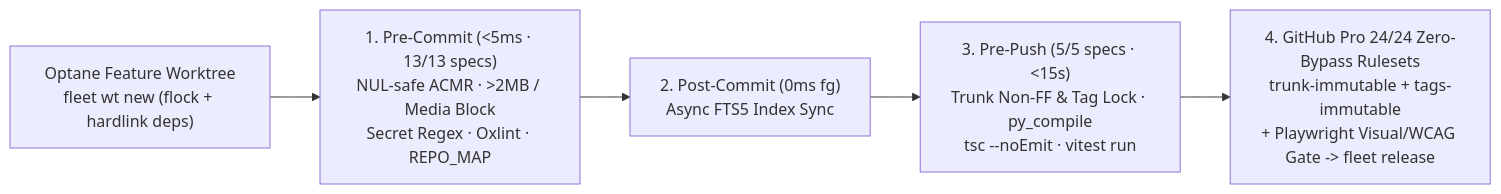
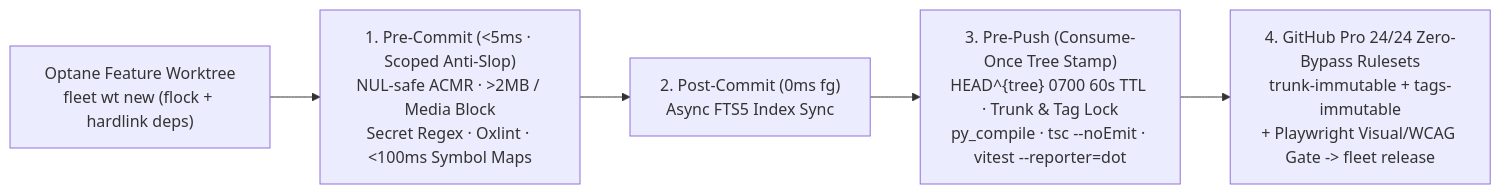
Before and after one commit to jhathcock-sys/Public-Showcase: the first of 2 diagrams in 02_AI-Systems-Architecture/05-Autonomous-DevOps-and-Zero-Trust-Gates.md, drawn with Mermaid. The commit also changed other lines of this file and 10 other files, not shown here.

Commit message:
docs(showcase): sync Arclight v0.7.1 (Sprint 2 + Wave 0 + Sprint 2.5), 18-upgrade ROI architecture, ~20x token benchmark, and 30/30 doctor

````diff
--- a/02_AI-Systems-Architecture/05-Autonomous-DevOps-and-Zero-Trust-Gates.md
+++ b/02_AI-Systems-Architecture/05-Autonomous-DevOps-and-Zero-Trust-Gates.md
@@ -25,7 +25,7 @@
 ```mermaid
 flowchart LR
-    WT["Optane Feature Worktree\nfleet wt new (flock + hardlink deps)"] --> PreC["1. Pre-Commit (<5ms · 13/13 specs)\nNUL-safe ACMR · >2MB / Media Block\nSecret Regex · Oxlint · REPO_MAP"]
+    WT["Optane Feature Worktree\nfleet wt new (flock + hardlink deps)"] --> PreC["1. Pre-Commit (<5ms · Scoped Anti-Slop)\nNUL-safe ACMR · >2MB / Media Block\nSecret Regex · Oxlint · <100ms Symbol Maps"]
     PreC --> PostC["2. Post-Commit (0ms fg)\nAsync FTS5 Index Sync"]
-    PostC --> PreP["3. Pre-Push (5/5 specs · <15s)\nTrunk Non-FF & Tag Lock · py_compile\ntsc --noEmit · vitest run"]
+    PostC --> PreP["3. Pre-Push (Consume-Once Tree Stamp)\nHEAD^{tree} 0700 60s TTL · Trunk & Tag Lock\npy_compile · tsc --noEmit · vitest --reporter=dot"]
     PreP --> GH["4. GitHub Pro 24/24 Zero-Bypass Rulesets\ntrunk-immutable + tags-immutable\n+ Playwright Visual/WCAG Gate -> fleet release"]
 ```
````
